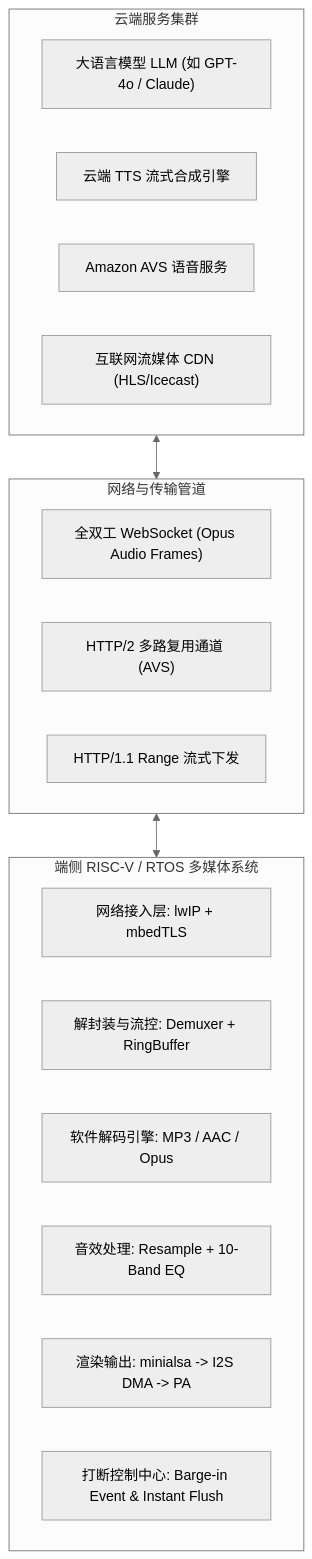
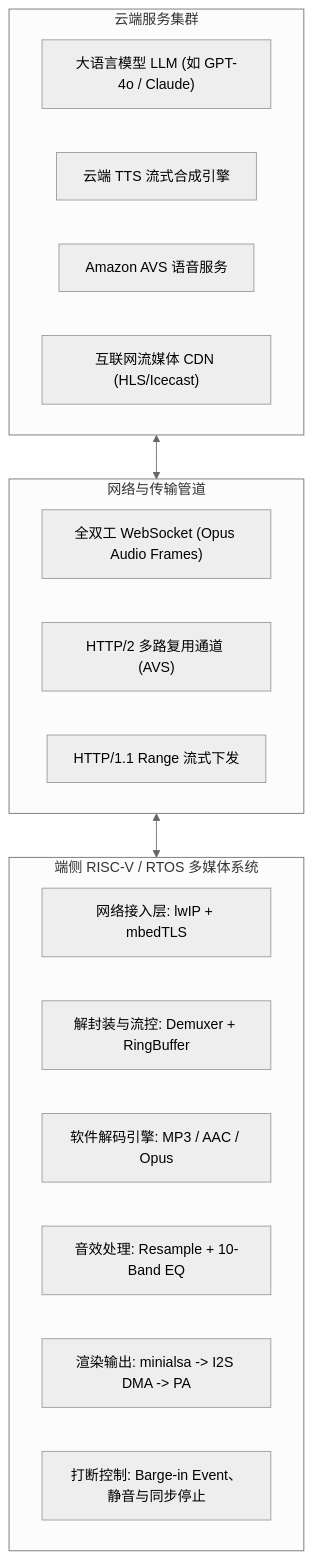
Before and after one commit to YvainZhang/YvainZhang.github.io: the diagram in Audio/13-Audio-Codecs-Streaming-VoiceAI/README.md, drawn with Mermaid (neutral theme). The commit also changed other lines of this file and 190 other files, not shown here.

````diff
--- a/Audio/13-Audio-Codecs-Streaming-VoiceAI/README.md
+++ b/Audio/13-Audio-Codecs-Streaming-VoiceAI/README.md
@@ -33,27 +33,27 @@
 ```mermaid
 graph TD
     subgraph Cloud[云端服务集群]
         C1["大语言模型 LLM (如 GPT-4o / Claude)"]
         C2[云端 TTS 流式合成引擎]
         C3[Amazon AVS 语音服务]
         C4["互联网流媒体 CDN (HLS/Icecast)"]
     end
 
     subgraph Transport[网络与传输管道]
         T1["全双工 WebSocket (Opus Audio Frames)"]
         T2["HTTP/2 多路复用通道 (AVS)"]
         T3[HTTP/1.1 Range 流式下发]
     end
 
     subgraph Device[端侧 RISC-V / RTOS 多媒体系统]
         D1[网络接入层: lwIP + mbedTLS]
         D2[解封装与流控: Demuxer + RingBuffer]
         D3[软件解码引擎: MP3 / AAC / Opus]
         D4[音效处理: Resample + 10-Band EQ]
         D5[渲染输出: minialsa -> I2S DMA -> PA]
-        D6[打断控制中心: Barge-in Event & Instant Flush]
+        D6[打断控制: Barge-in Event、静音与同步停止]
     end
 
     Cloud <--> Transport
     Transport <--> Device
 ```
````
